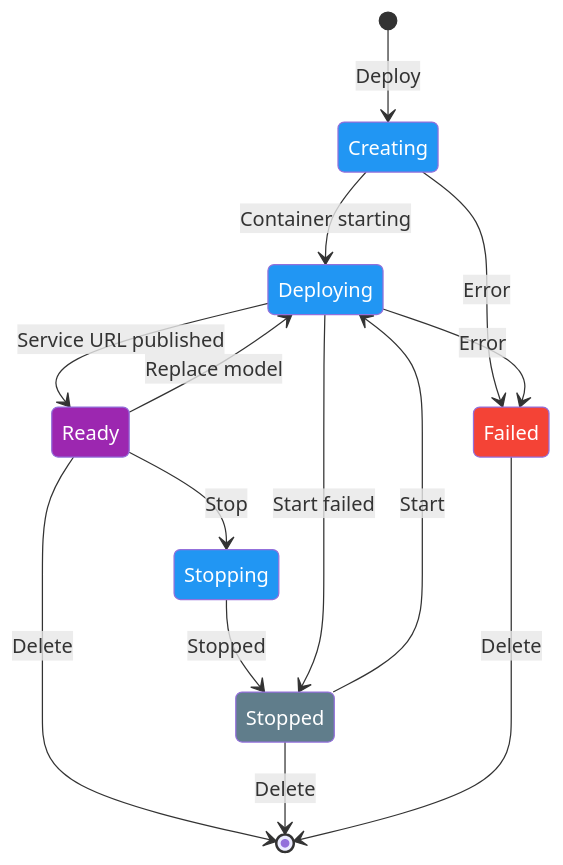
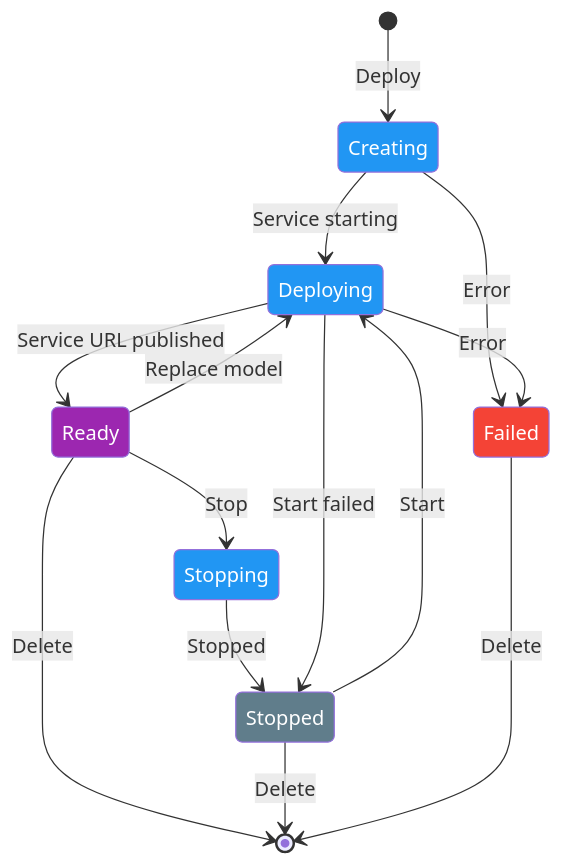
One commit to ultralytics/ultralytics changed the first of 2 diagrams in docs/en/platform/deploy/endpoints.md. Above: the diagram before and after it, drawn with Mermaid. The commit also changed other lines of this file and 15 other files, not shown here.

````diff
--- a/docs/en/platform/deploy/endpoints.md
+++ b/docs/en/platform/deploy/endpoints.md
@@ -42,25 +42,25 @@
 ```mermaid
 stateDiagram-v2
     [*] --> Creating: Deploy
-    Creating --> Deploying: Container starting
+    Creating --> Deploying: Service starting
     Deploying --> Ready: Service URL published
     Ready --> Stopping: Stop
     Ready --> Deploying: Replace model
     Stopping --> Stopped: Stopped
     Stopped --> Deploying: Start
     Deploying --> Stopped: Start failed
     Ready --> [*]: Delete
     Stopped --> [*]: Delete
     Creating --> Failed: Error
     Deploying --> Failed: Error
     Failed --> [*]: Delete
 
     classDef proc fill:#2196F3,color:#fff
     classDef out fill:#9C27B0,color:#fff
     classDef error fill:#F44336,color:#fff
     classDef extern fill:#607D8B,color:#fff
     class Creating,Deploying,Stopping proc
     class Ready out
     class Failed error
     class Stopped extern
 ```
````
